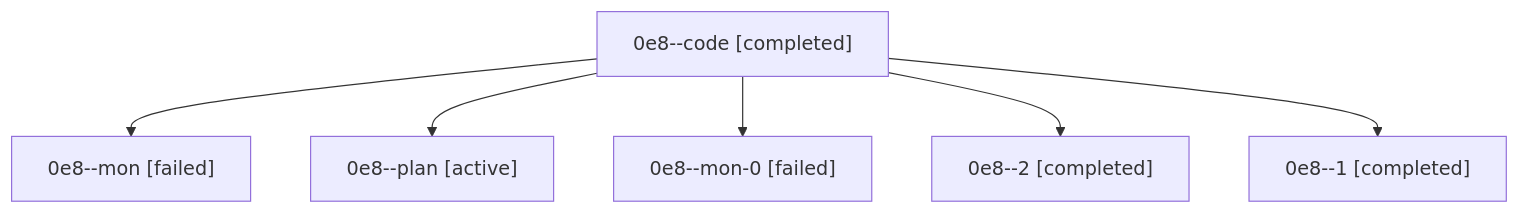
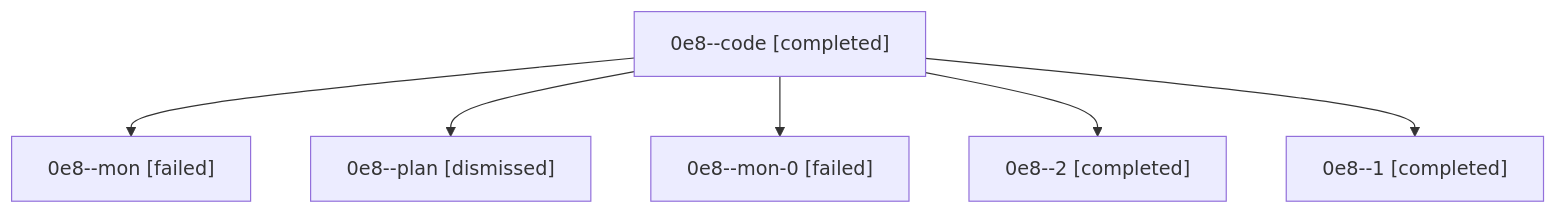
Before and after one commit to sase-org/sase--agents: the diagram in sessions/bbugyi200.athena.0e8.md, drawn with Mermaid. The commit also changed other lines of this file and 30 other files, not shown here.

````diff
--- a/sessions/bbugyi200.athena.0e8.md
+++ b/sessions/bbugyi200.athena.0e8.md
@@ -9,14 +9,14 @@
 ```mermaid
 flowchart TD
   n0["0e8--code [completed]"]
   n1["0e8--mon [failed]"]
   n0 --> n1
-  n2["0e8--plan [active]"]
+  n2["0e8--plan [dismissed]"]
   n0 --> n2
   n3["0e8--mon-0 [failed]"]
   n0 --> n3
   n4["0e8--2 [completed]"]
   n0 --> n4
   n5["0e8--1 [completed]"]
   n0 --> n5
 ```
````
